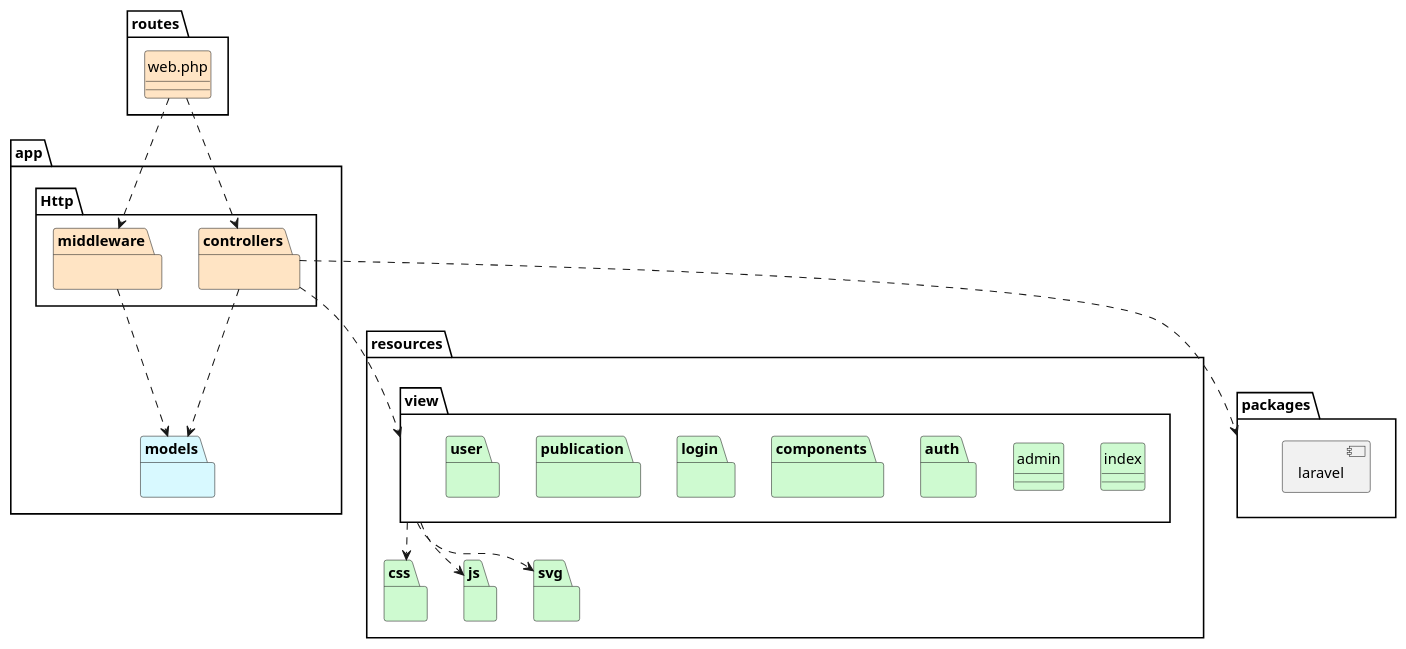
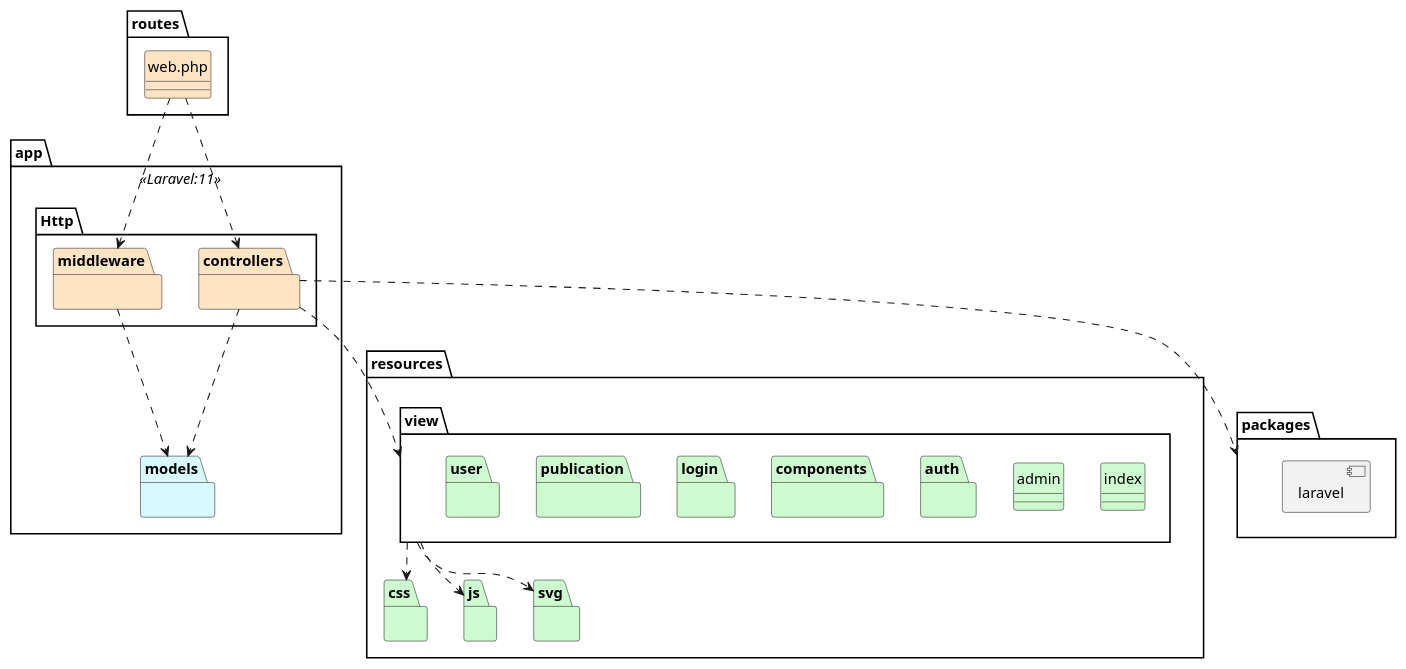
Before and after one commit to mpaulaherrero/tesis-frameworks-backend-diagrams: the diagram in logicalView/designView/laravel/packageDesign/designPackageDiagram.plantuml, drawn with PlantUML. The commit also changed 25 other files, not shown here.

Commit message:
todos los diagramas

```diff
--- a/logicalView/designView/laravel/packageDesign/designPackageDiagram.plantuml
+++ b/logicalView/designView/laravel/packageDesign/designPackageDiagram.plantuml
@@ -1,97 +1,97 @@
-@startuml paquete de diseño laravel
+@startuml
 skinparam style strictuml
 allow_mixing
 
 package routes {
     class "web.php" as webPHP #bisque {}
 }
 
-package app {
+package app <<Laravel:11>>{
     package Http {
         package controllers #bisque {}
         package middleware #bisque {}
     }
     package models #d8f9ff {}
 }
 
 package resources{
     package css #cefad0 {}  
     package js #cefad0 {}  
     package svg #cefad0 {}
     ' package lang #cefad0 {}
     ' package js #bisque {}
     package view{
         package auth #cefad0 {}
         package components #cefad0 {}
         package login #cefad0 {}
         package publication #cefad0 {}
         package user #cefad0 {}
         class index #cefad0 {}
         class admin #cefad0 {}
     }
 }
 
 package packages{
     component laravel
 }
 
 webPHP .d.> controllers
 webPHP .d.> middleware
 middleware .d.> models
 controllers .d-> models
 controllers .d-> view
 controllers .d-> packages
 view .d-> css
 view .d-> js
 view .d-> svg
 ' serverJS .d.> appJS
 
 ' appJS .d.> router
 ' appJS .[hidden].> db
 ' appJS ..> morgan
 ' appJS ..> cookieParser
 ' appJS ..> express
 ' appJS ..> dotenv
 ' appJS ..> pug
 ' appJS .[hidden]left.> public.view
 
 ' router .left.> public.view
 ' router ..> express
 ' router ..> middleware
 ' router ..> controllers
 ' router ..> models
 
 ' middleware ..> multer
 ' middleware ..> path
 ' middleware ..> jsonwebtoken
 ' middleware .left.> public.view
 
 ' controllers ..> services
 
 ' services ..> models
 ' services ..> nodemailer
 ' services ..> jsonwebtoken
 ' services ..> bcrypt
 ' services ..> view
 
 ' models ..> db
 ' db .right.> pg
 
 ' view .[hidden]down.> css
 ' css .[hidden]left.> img
 ' img .[hidden]left.> js
 
 ' express .[hidden]left.> morgan
 ' morgan .[hidden]left.> cookieParser
 ' cookieParser .[hidden]left.> dotenv
 ' dotenv .[hidden]left.> pug
 
 ' express .[hidden]down.> path
 ' multer .[hidden]left.> path
 
 ' multer .[hidden]down.> bcrypt
 ' bcrypt .[hidden]left.> nodemailer
 ' nodemailer .[hidden]left.> jsonwebtoken
 
 ' nodemailer .[hidden]down.> pg
 @enduml
```
